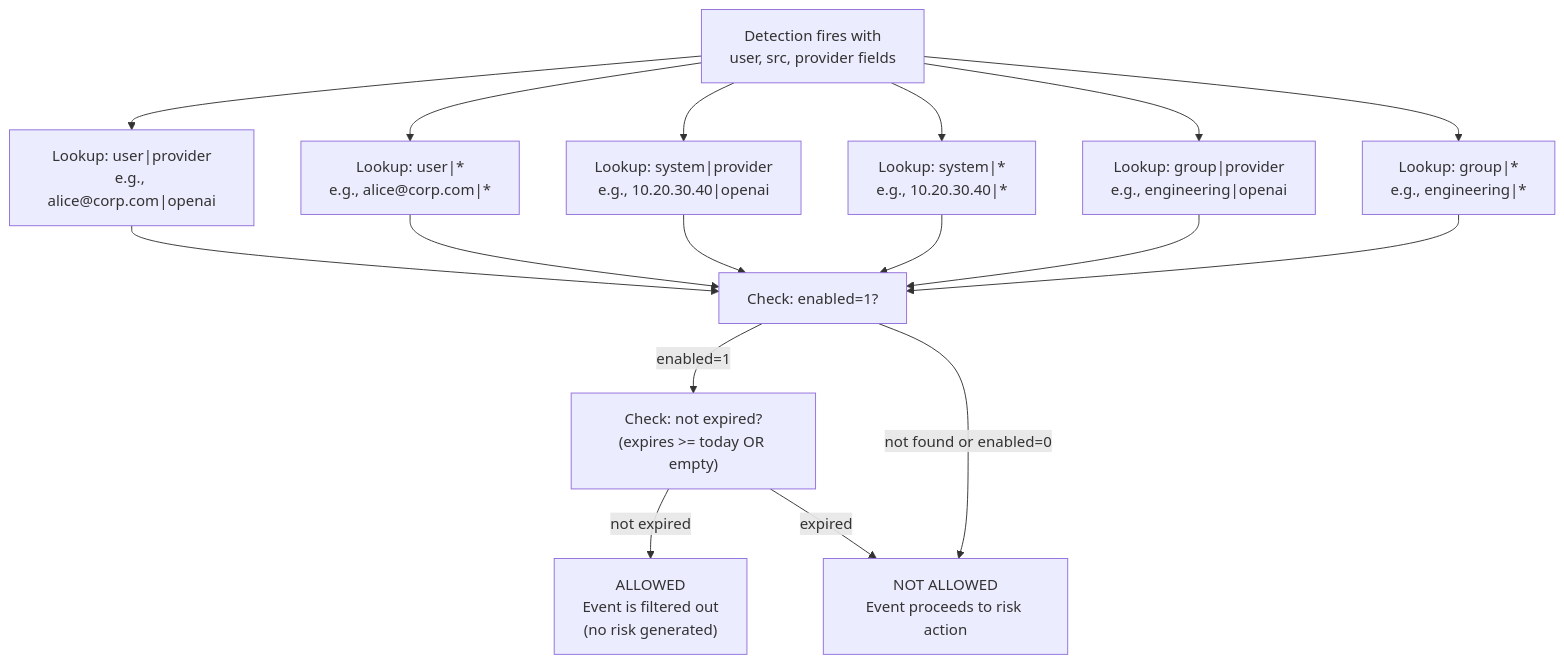
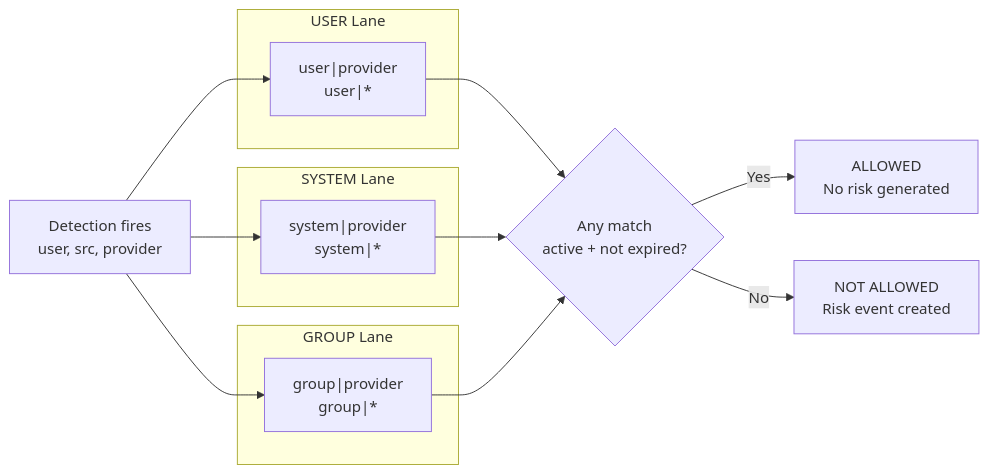
One commit to cybermock/ai-detections changed the fifth of 5 diagrams in docs/ARCHITECTURE.md. Above: the diagram before and after it, drawn with Mermaid. The commit also changed other lines of this file and 5 other files, not shown here.

````diff
--- a/docs/ARCHITECTURE.md
+++ b/docs/ARCHITECTURE.md
@@ -173,37 +168,25 @@
 ```mermaid
-flowchart TD
-    START["Detection fires with<br/>user, src, provider fields"]
+flowchart LR
+    START["Detection fires<br/>user, src, provider"]
 
-    U1["Lookup: user|provider<br/>e.g., alice@corp.com|openai"]
-    U2["Lookup: user|*<br/>e.g., alice@corp.com|*"]
-    S1["Lookup: system|provider<br/>e.g., 10.20.30.40|openai"]
-    S2["Lookup: system|*<br/>e.g., 10.20.30.40|*"]
-    G1["Lookup: group|provider<br/>e.g., engineering|openai"]
-    G2["Lookup: group|*<br/>e.g., engineering|*"]
+    subgraph "USER Lane"
+        U["user|provider<br/>user|*"]
+    end
 
-    CHECK_EN["Check: enabled=1?"]
-    CHECK_EXP["Check: not expired?<br/>(expires >= today OR empty)"]
+    subgraph "SYSTEM Lane"
+        S["system|provider<br/>system|*"]
+    end
 
-    ALLOW["ALLOWED<br/>Event is filtered out<br/>(no risk generated)"]
-    DENY["NOT ALLOWED<br/>Event proceeds to risk action"]
+    subgraph "GROUP Lane"
+        G["group|provider<br/>group|*"]
+    end
 
-    START --> U1
-    START --> U2
-    START --> S1
-    START --> S2
-    START --> G1
-    START --> G2
+    CHECK{"Any match<br/>active + not expired?"}
+    ALLOW["ALLOWED<br/>No risk generated"]
+    DENY["NOT ALLOWED<br/>Risk event created"]
 
-    U1 --> CHECK_EN
-    U2 --> CHECK_EN
-    S1 --> CHECK_EN
-    S2 --> CHECK_EN
-    G1 --> CHECK_EN
-    G2 --> CHECK_EN
-
-    CHECK_EN -->|"enabled=1"| CHECK_EXP
-    CHECK_EN -->|"not found or enabled=0"| DENY
-
-    CHECK_EXP -->|"not expired"| ALLOW
-    CHECK_EXP -->|"expired"| DENY
+    START --> U & S & G
+    U & S & G --> CHECK
+    CHECK -->|"Yes"| ALLOW
+    CHECK -->|"No"| DENY
 ```
````
